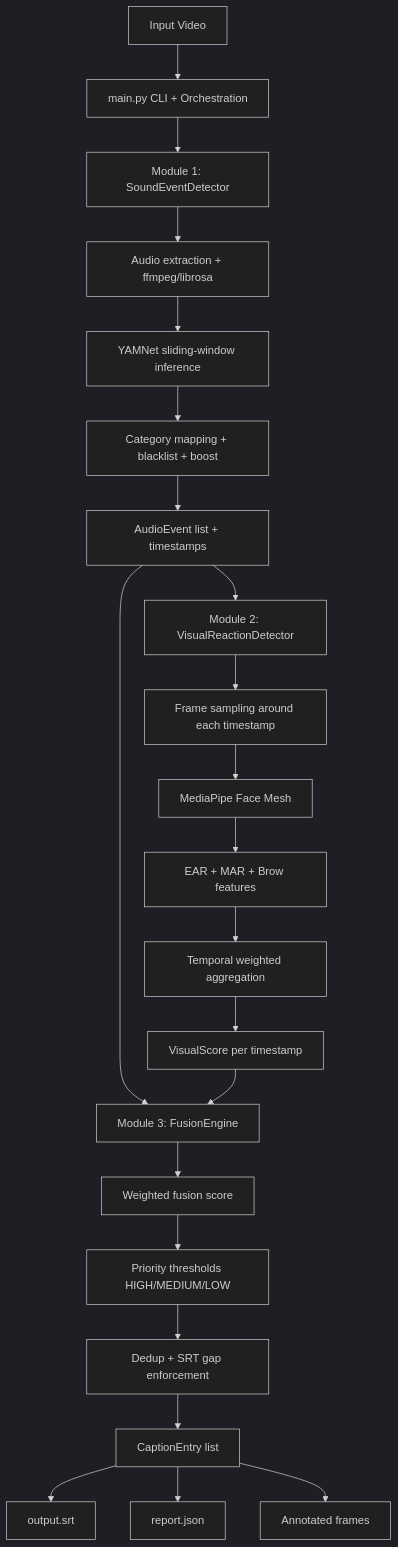
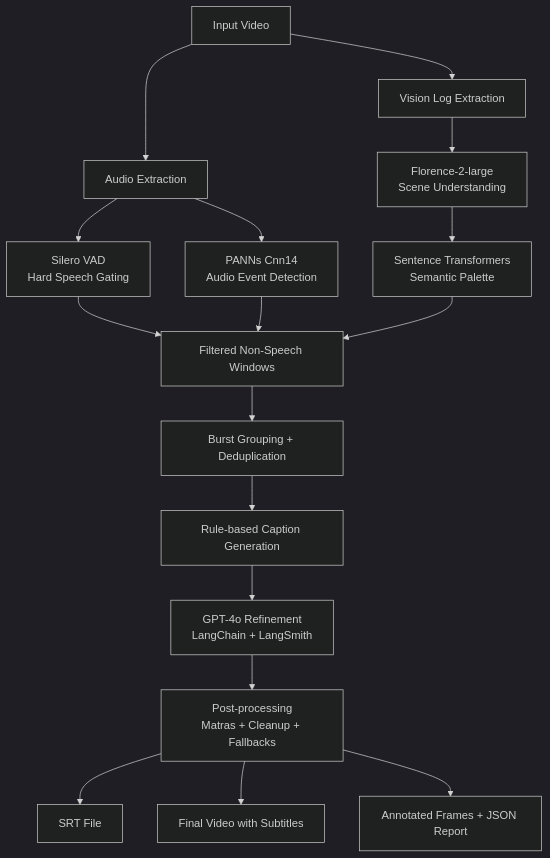
One commit to Aditi2k5/Intelligent-cc-generation changed the diagram in README.md. Above: the diagram before and after it, drawn with Mermaid (dark theme). The commit also changed other lines of this file, not shown here.

````diff
--- a/README.md
+++ b/README.md
@@ -39,27 +46,24 @@
 ```mermaid
 flowchart TD
-	A[Input Video] --> B[main.py CLI + Orchestration]
-	B --> C[Module 1: SoundEventDetector]
-	C --> C1[Audio extraction + ffmpeg/librosa]
-	C1 --> C2[YAMNet sliding-window inference]
-	C2 --> C3[Category mapping + blacklist + boost]
-	C3 --> C4[AudioEvent list + timestamps]
+    A[Input Video] --> B[Audio Extraction]
+    A --> C[Vision Log Extraction]
 
-	C4 --> D[Module 2: VisualReactionDetector]
-	D --> D1[Frame sampling around each timestamp]
-	D1 --> D2[MediaPipe Face Mesh]
-	D2 --> D3[EAR + MAR + Brow features]
-	D3 --> D4[Temporal weighted aggregation]
-	D4 --> D5[VisualScore per timestamp]
+    B --> D[Silero VAD<br/>Hard Speech Gating]
+    B --> E[PANNs Cnn14<br/>Audio Event Detection]
 
-	C4 --> E[Module 3: FusionEngine]
-	D5 --> E
-	E --> E1[Weighted fusion score]
-	E1 --> E2[Priority thresholds HIGH/MEDIUM/LOW]
-	E2 --> E3[Dedup + SRT gap enforcement]
-	E3 --> F[CaptionEntry list]
+    C --> F[Florence-2-large<br/>Scene Understanding]
+    F --> G[Sentence Transformers<br/>Semantic Palette]
 
-	F --> G1[output.srt]
-	F --> G2[report.json]
-	F --> G3[Annotated frames]
+    D --> H[Filtered Non-Speech Windows]
+    E --> H
+    G --> H
+
+    H --> I[Burst Grouping + Deduplication]
+    I --> J[Rule-based Caption Generation]
+    J --> K[GPT-4o Refinement<br/>LangChain + LangSmith]
+    K --> L[Post-processing<br/>Matras + Cleanup + Fallbacks]
+
+    L --> M[SRT File]
+    L --> N[Final Video with Subtitles]
+    L --> O[Annotated Frames + JSON Report]
 ```
````
